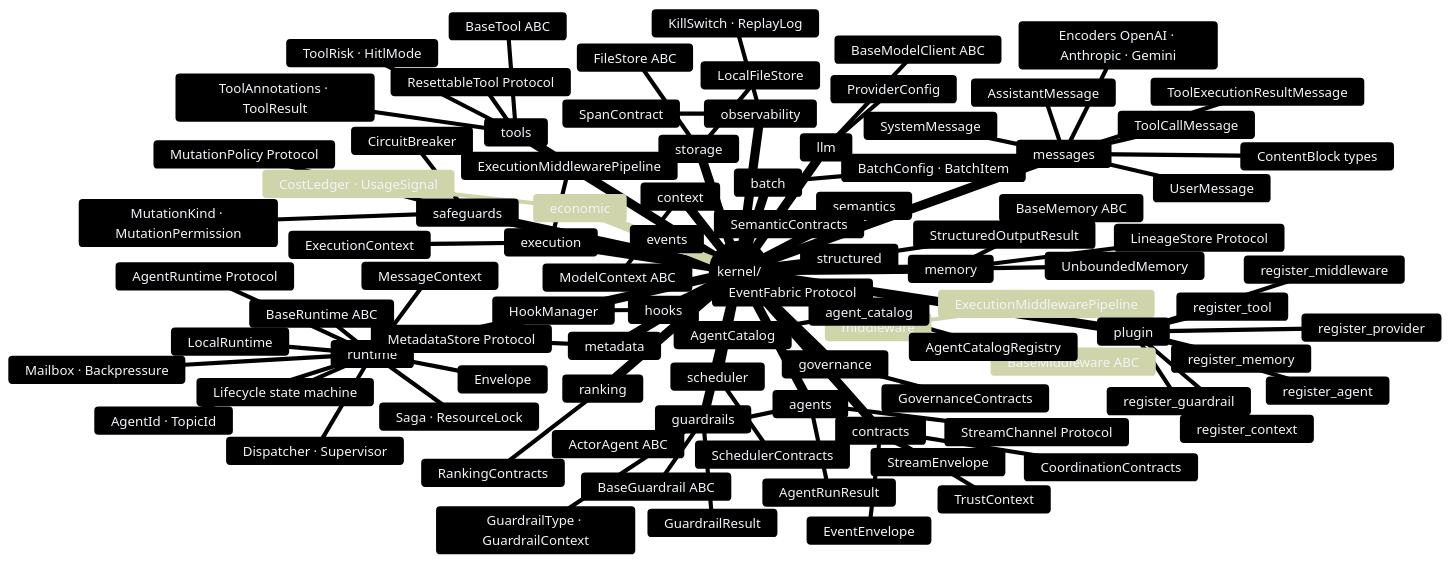
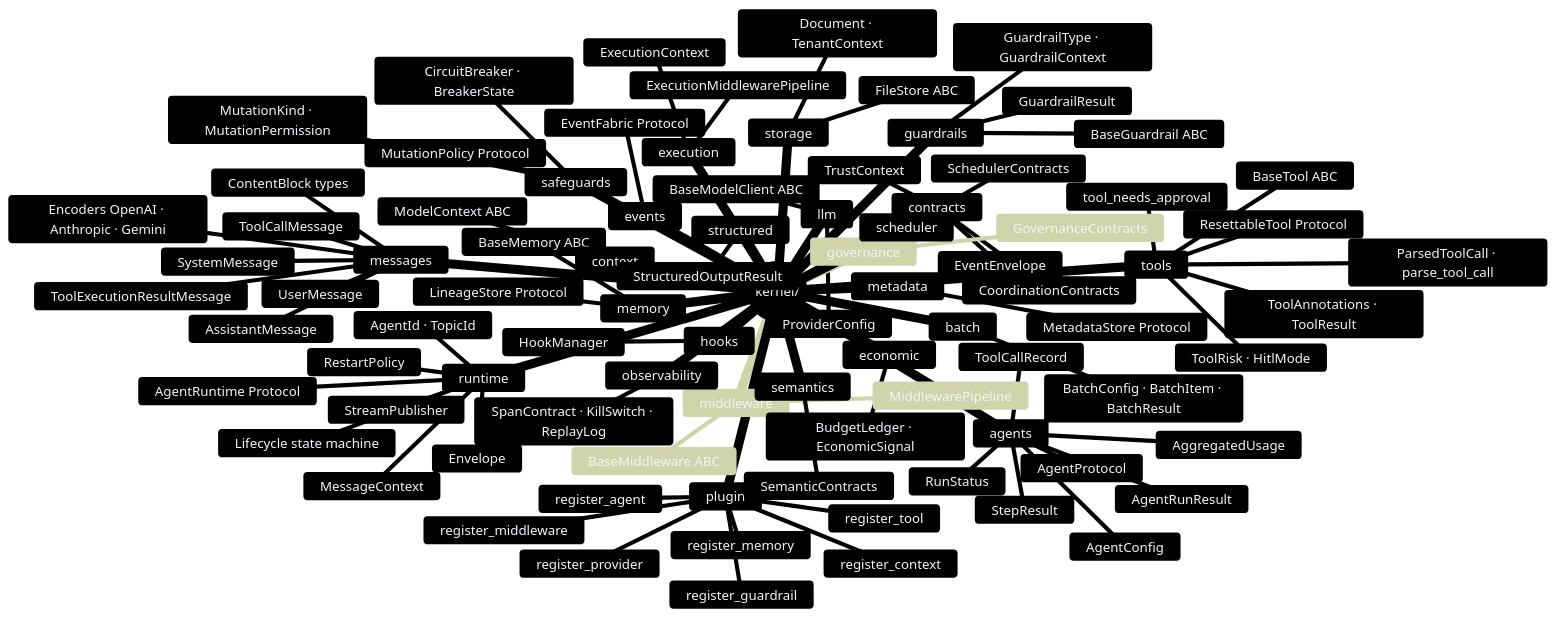
Before and after one commit to Ravikumarchavva/agent-substrate: the second of 18 diagrams in agents/agent-substrate/docs/framework/kernel.md, drawn with Mermaid. The commit also changed other lines of this file and 195 other files, not shown here.

````diff
--- a/agents/agent-substrate/docs/framework/kernel.md
+++ b/agents/agent-substrate/docs/framework/kernel.md
@@ -44,20 +45,20 @@
 mindmap
   root((kernel/))
     agents
-      ActorAgent ABC
-      StreamChannel Protocol
-      StreamEnvelope
+      AgentProtocol
+      AgentConfig
       AgentRunResult
+      AggregatedUsage
+      StepResult
+      ToolCallRecord
+      RunStatus
     runtime
       AgentRuntime Protocol
-      BaseRuntime ABC
-      LocalRuntime
-      Envelope
       MessageContext
       AgentId · TopicId
-      Dispatcher · Supervisor
-      Mailbox · Backpressure
-      Saga · ResourceLock
+      Envelope
+      RestartPolicy
+      StreamPublisher
       Lifecycle state machine
     messages
       SystemMessage
@@ -72,9 +73,10 @@
       ToolRisk · HitlMode
       ToolAnnotations · ToolResult
       ResettableTool Protocol
+      ParsedToolCall · parse_tool_call
+      tool_needs_approval
     memory
       BaseMemory ABC
-      UnboundedMemory
       LineageStore Protocol
     context
       ModelContext ABC
@@ -84,7 +86,7 @@
       GuardrailResult
     middleware
       BaseMiddleware ABC
-      ExecutionMiddlewarePipeline
+      MiddlewarePipeline
     execution
       ExecutionContext
       ExecutionMiddlewarePipeline
@@ -99,13 +101,10 @@
     safeguards
       MutationPolicy Protocol
       MutationKind · MutationPermission
-      CircuitBreaker
+      CircuitBreaker · BreakerState
     llm
       BaseModelClient ABC
       ProviderConfig
-    agent_catalog
-      AgentCatalog
-      AgentCatalogRegistry
     contracts
       EventEnvelope
       TrustContext
@@ -114,26 +113,23 @@
       EventFabric Protocol
     storage
       FileStore ABC
-      LocalFileStore
+      Document · TenantContext
     structured
       StructuredOutputResult
     hooks
       HookManager
     economic
-      CostLedger · UsageSignal
+      BudgetLedger · EconomicSignal
     governance
       GovernanceContracts
     scheduler
       SchedulerContracts
     observability
-      SpanContract
-      KillSwitch · ReplayLog
-    ranking
-      RankingContracts
+      SpanContract · KillSwitch · ReplayLog
     semantics
       SemanticContracts
     metadata
       MetadataStore Protocol
     batch
-      BatchConfig · BatchItem
+      BatchConfig · BatchItem · BatchResult
 ```
````
